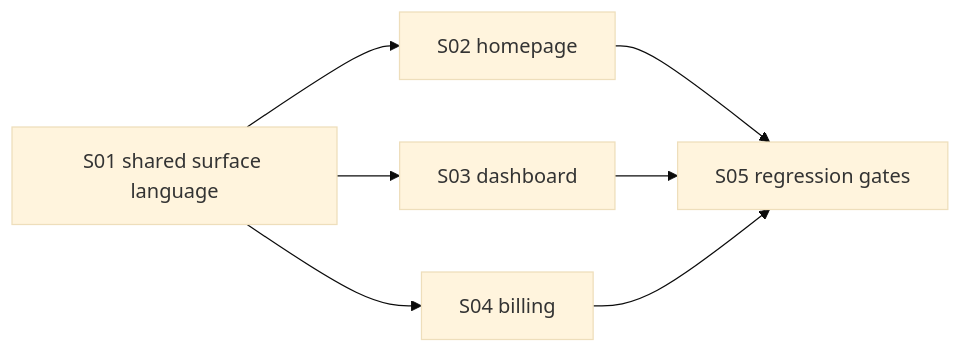
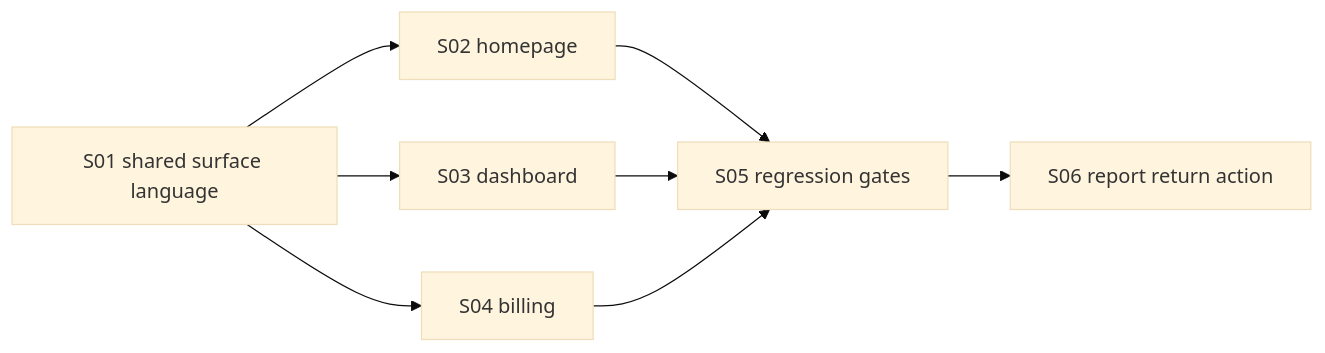
Before and after one commit to fixemer90-stack/Archemap: the diagram in docs/features/E16-v2-e18-product-surface-redesign/FEATURE.md, drawn with Mermaid (base theme). The commit also changed other lines of this file and 1 other file, not shown here.

Commit message:
docs: add report dashboard return story

````diff
--- a/docs/features/E16-v2-e18-product-surface-redesign/FEATURE.md
+++ b/docs/features/E16-v2-e18-product-surface-redesign/FEATURE.md
@@ -92,9 +94,10 @@
 ```mermaid
 flowchart LR
   S01[S01 shared surface language] --> S02[S02 homepage]
   S01 --> S03[S03 dashboard]
   S01 --> S04[S04 billing]
   S02 --> S05[S05 regression gates]
   S03 --> S05
   S04 --> S05
+  S05 --> S06[S06 report return action]
 ```
````
